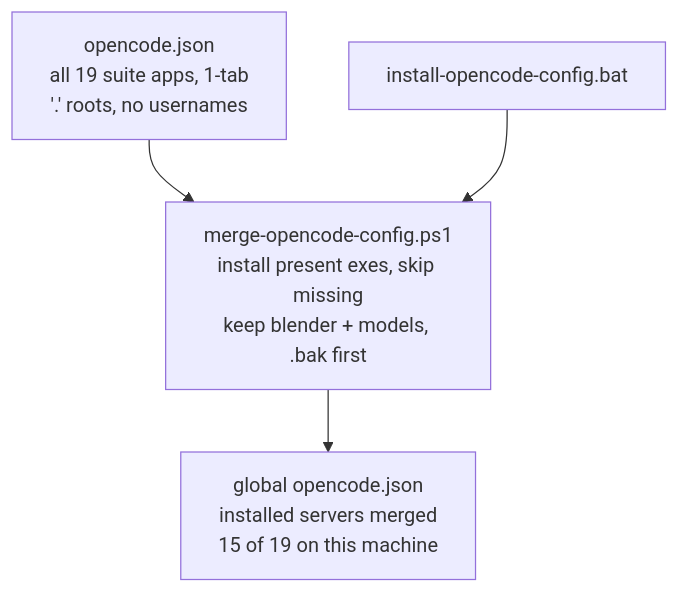
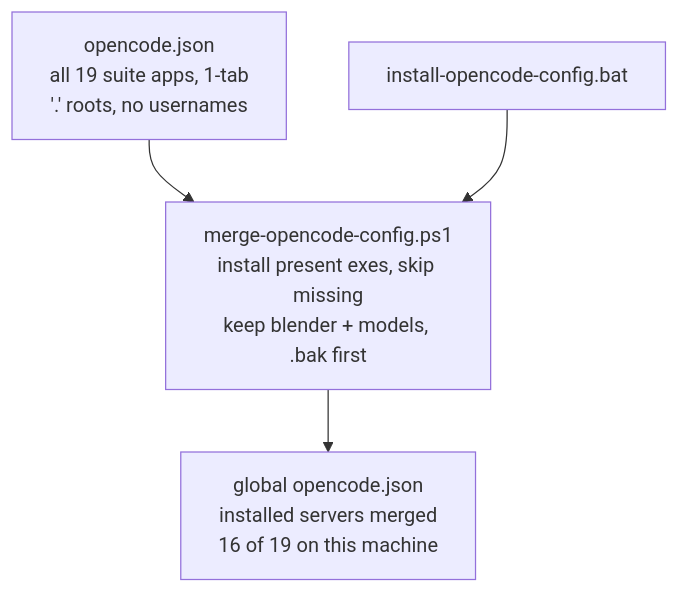
The first of 3 diagrams in README.md (xevilmaxx/ArtCraftMCP), drawn with Mermaid before and after one commit. The commit also changed other lines of this file and 3 other files, not shown here.

````diff
--- a/README.md
+++ b/README.md
@@ -20,10 +20,10 @@
 ```mermaid
 flowchart TB
     TPL["opencode.json\nall 19 suite apps, 1-tab\n'.' roots, no usernames"]
     BAT["install-opencode-config.bat"]
     PS1["merge-opencode-config.ps1\ninstall present exes, skip missing\nkeep blender + models, .bak first"]
-    GLB["global opencode.json\ninstalled servers merged\n15 of 19 on this machine"]
+    GLB["global opencode.json\ninstalled servers merged\n16 of 19 on this machine"]
     TPL --> PS1
     BAT --> PS1
     PS1 --> GLB
 ```
````
